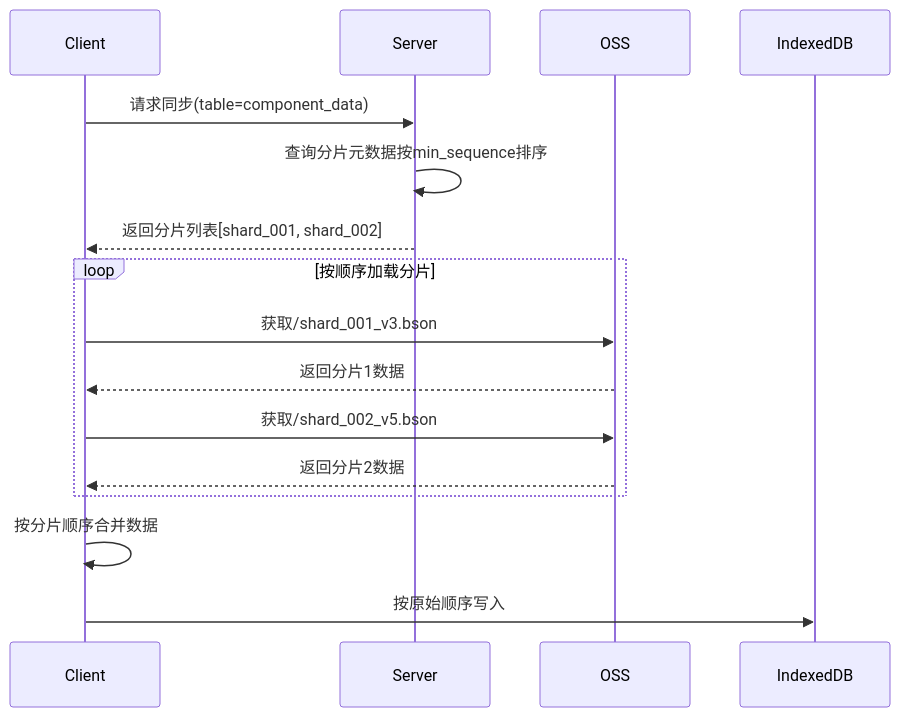
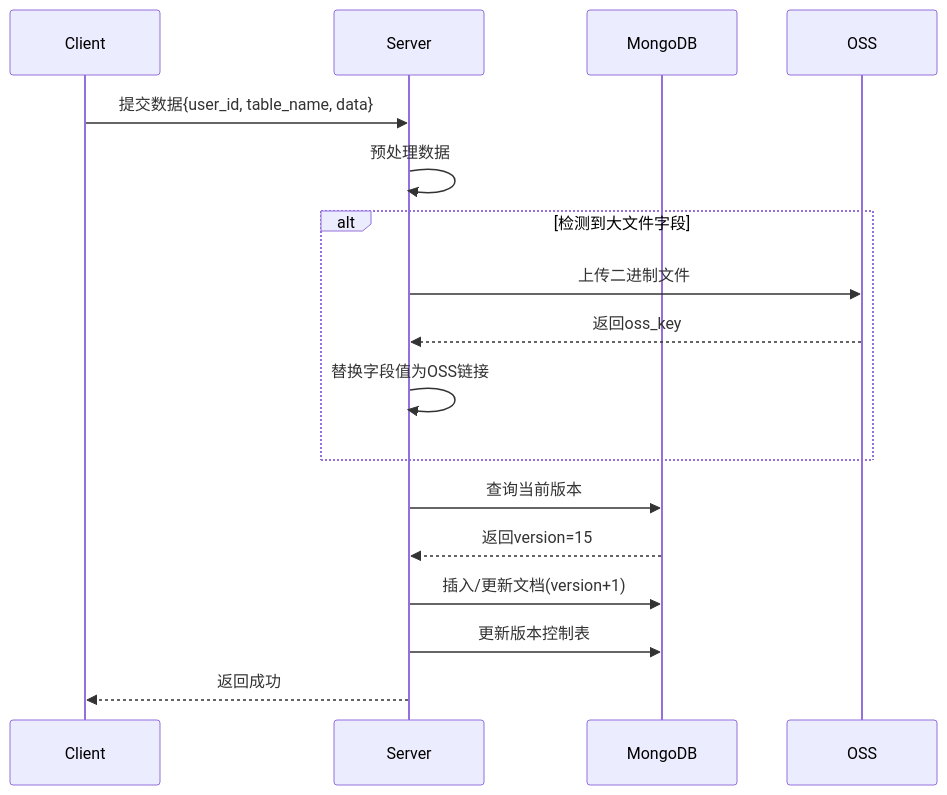
The diagram in all/未命名-24.md (yingjianzh/iodraw-files), drawn with Mermaid before and after one commit.

Commit message:
2025-02-24 16:07:49 update

````diff
--- a/all/未命名-24.md
+++ b/all/未命名-24.md
@@ -1,20 +1,20 @@
 ```mermaid
 sequenceDiagram
     participant Client
     participant Server
+    participant MongoDB
     participant OSS
 
-    Client->>Server: 请求同步(table=component_data)
-    Server->>Server: 查询分片元数据按min_sequence排序
-    Server-->>Client: 返回分片列表[shard_001, shard_002]
-    
-    loop 按顺序加载分片
-        Client->>OSS: 获取/shard_001_v3.bson
-        OSS-->>Client: 返回分片1数据
-        Client->>OSS: 获取/shard_002_v5.bson
-        OSS-->>Client: 返回分片2数据
+    Client->>Server: 提交数据{user_id, table_name, data}
+    Server->>Server: 预处理数据
+    alt 检测到大文件字段
+        Server->>OSS: 上传二进制文件
+        OSS-->>Server: 返回oss_key
+        Server->>Server: 替换字段值为OSS链接
     end
-
-    Client->>Client: 按分片顺序合并数据
-    Client->>IndexedDB: 按原始顺序写入
+    Server->>MongoDB: 查询当前版本
+    MongoDB-->>Server: 返回version=15
+    Server->>MongoDB: 插入/更新文档(version+1)
+    Server->>MongoDB: 更新版本控制表
+    Server-->>Client: 返回成功
 ```
````
